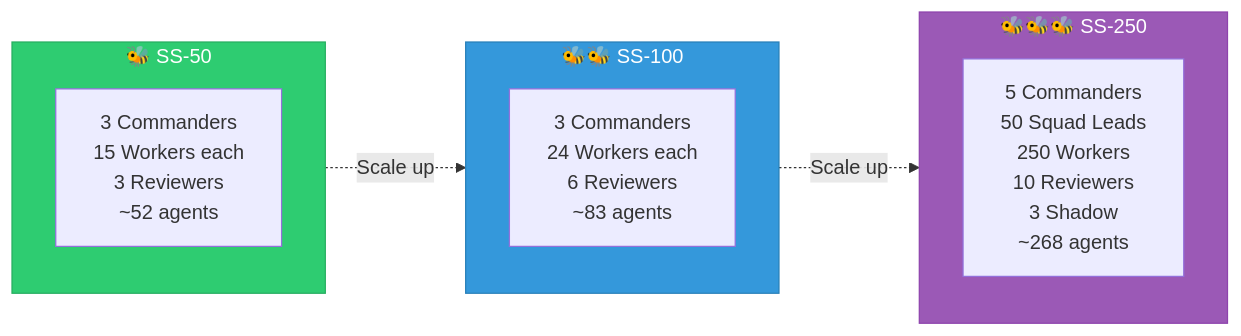
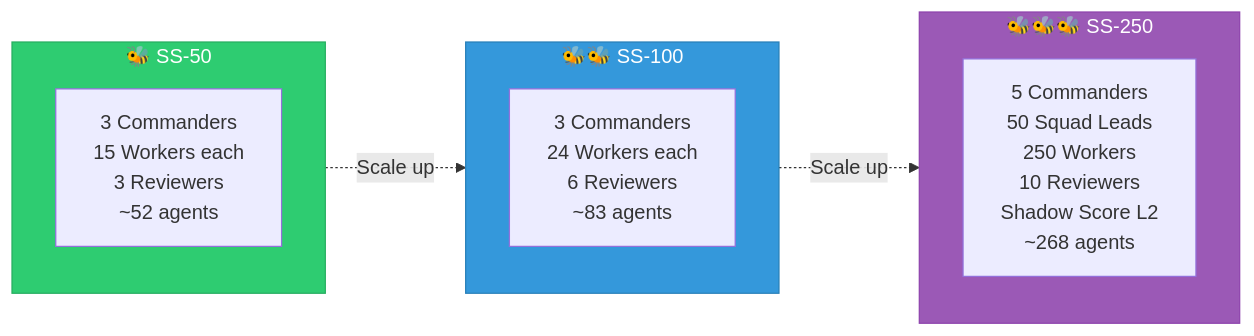
One commit to DUBSOpenHub/swarm-command changed the seventh of 7 diagrams in docs/architecture-diagrams.md. Above: the diagram before and after it, drawn with Mermaid. The commit also changed other lines of this file and 12 other files, not shown here.

First line of the commit message:
Rewrite shadow scoring to conform to Shadow Score Spec L2

````diff
--- a/docs/architecture-diagrams.md
+++ b/docs/architecture-diagrams.md
@@ -241,21 +247,21 @@
 ```mermaid
 graph LR
     subgraph SS50["🐝 SS-50"]
         A50["3 Commanders<br/>15 Workers each<br/>3 Reviewers<br/>~52 agents"]
     end
 
     subgraph SS100["🐝🐝 SS-100"]
         A100["3 Commanders<br/>24 Workers each<br/>6 Reviewers<br/>~83 agents"]
     end
 
     subgraph SS250["🐝🐝🐝 SS-250"]
-        A250["5 Commanders<br/>50 Squad Leads<br/>250 Workers<br/>10 Reviewers<br/>3 Shadow<br/>~268 agents"]
+        A250["5 Commanders<br/>50 Squad Leads<br/>250 Workers<br/>10 Reviewers<br/>Shadow Score L2<br/>~268 agents"]
     end
 
     SS50 -.->|"Scale up"| SS100
     SS100 -.->|"Scale up"| SS250
 
     style SS50 fill:#2ecc71,stroke:#27ae60,color:#fff
     style SS100 fill:#3498db,stroke:#2980b9,color:#fff
     style SS250 fill:#9b59b6,stroke:#8e44ad,color:#fff
 ```
````
